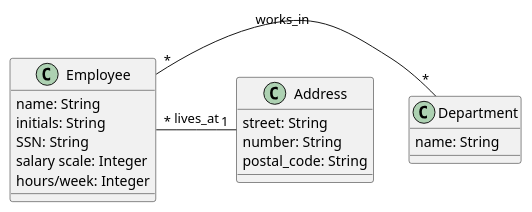
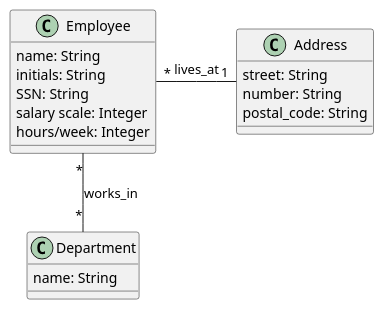
One commit to masterkram/bytehub changed the first of 6 diagrams in docs/Study-Notes/Module-2/System-Design/ClassDiagram.md. Above: the diagram before and after it, drawn with PlantUML. The commit also changed other lines of this file and 1 other file, not shown here.

Commit message:
update diagram.

```diff
--- a/docs/Study-Notes/Module-2/System-Design/ClassDiagram.md
+++ b/docs/Study-Notes/Module-2/System-Design/ClassDiagram.md
@@ -8,16 +10,16 @@
 @startuml
 
 Employee : name: String
 Employee : initials: String
 Employee : SSN: String
 Employee : salary scale: Integer
 Employee : hours/week: Integer
-Employee "*" - "*" Department : works_in
+Employee "*" -down- "*" Department : works_in
 Employee "*" - "1" Address : lives_at
 
 Department : name: String
 Address : street: String
 Address : number: String
 Address : postal_code: String
 
 @enduml
```
